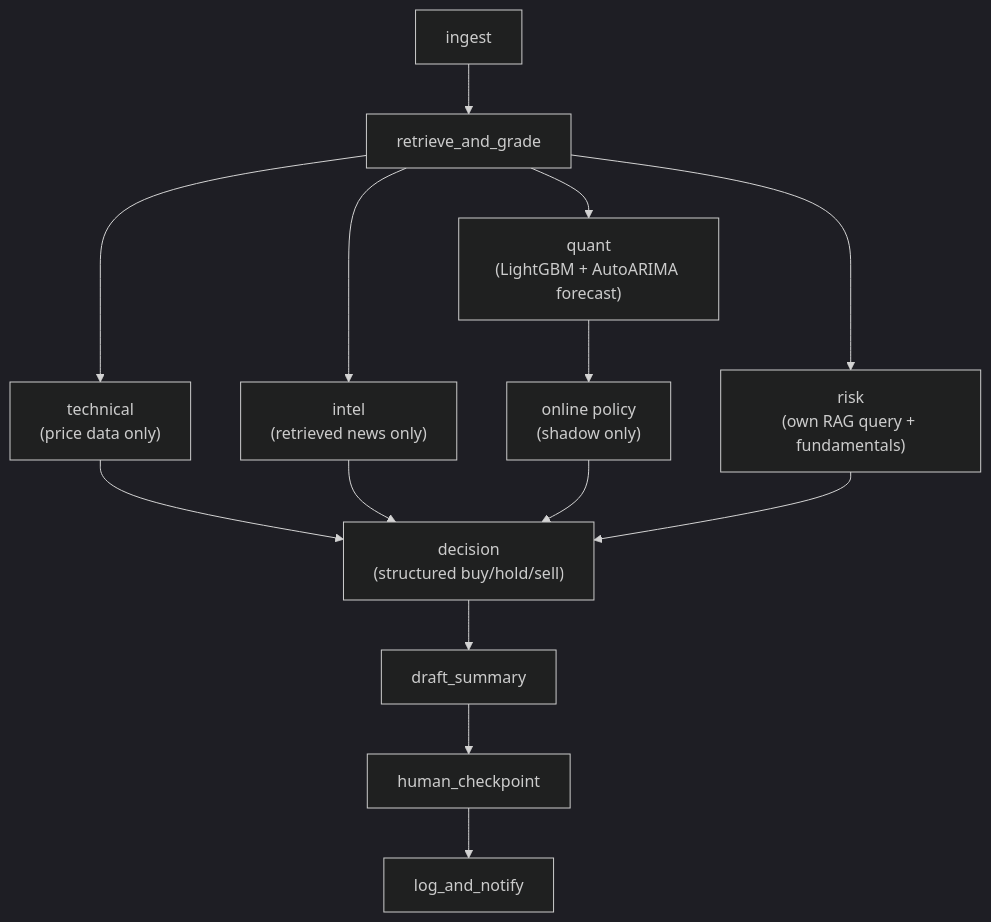
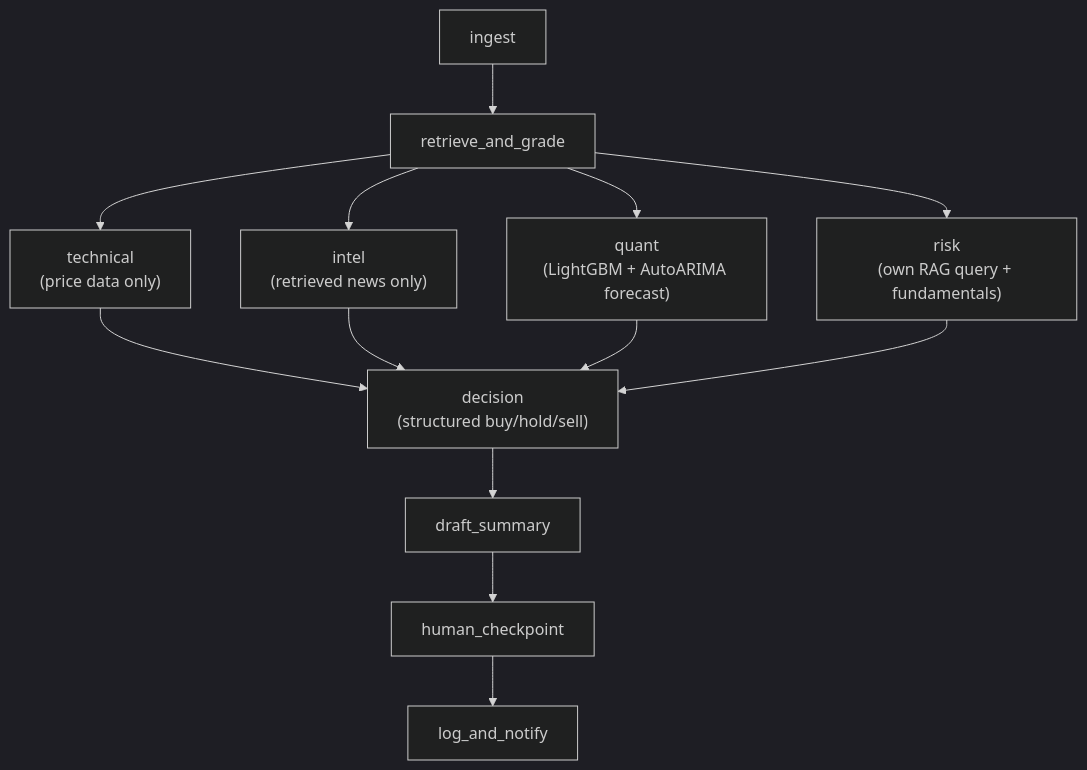
Before and after one commit to Rae-ymr/daily_stock_agent: the diagram in docs/multi_agent_architecture.md, drawn with Mermaid (dark theme). The commit also changed other lines of this file and 13 other files, not shown here.

````diff
--- a/docs/multi_agent_architecture.md
+++ b/docs/multi_agent_architecture.md
@@ -10,16 +10,15 @@
 ```mermaid
 flowchart TD
     A[ingest] --> B[retrieve_and_grade]
     B --> T["technical\n(price data only)"]
     B --> I["intel\n(retrieved news only)"]
     B --> Q["quant\n(LightGBM + AutoARIMA forecast)"]
     B --> R["risk\n(own RAG query + fundamentals)"]
     T --> DEC["decision\n(structured buy/hold/sell)"]
     I --> DEC
-    Q --> P["online policy\n(shadow only)"]
-    P --> DEC
+    Q --> DEC
     R --> DEC
     DEC --> D[draft_summary]
     D --> E[human_checkpoint]
     E --> F[log_and_notify]
 ```
````
